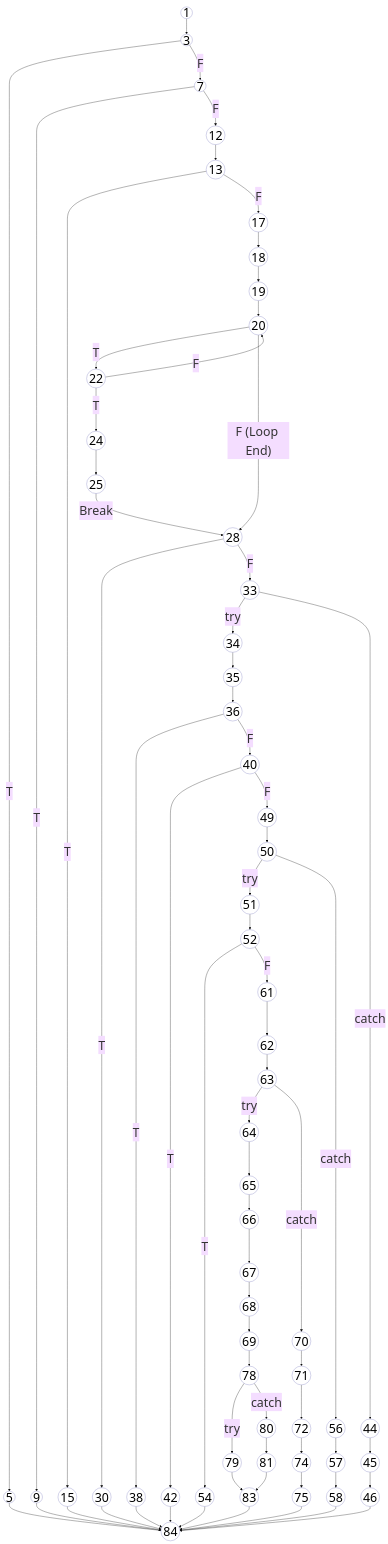
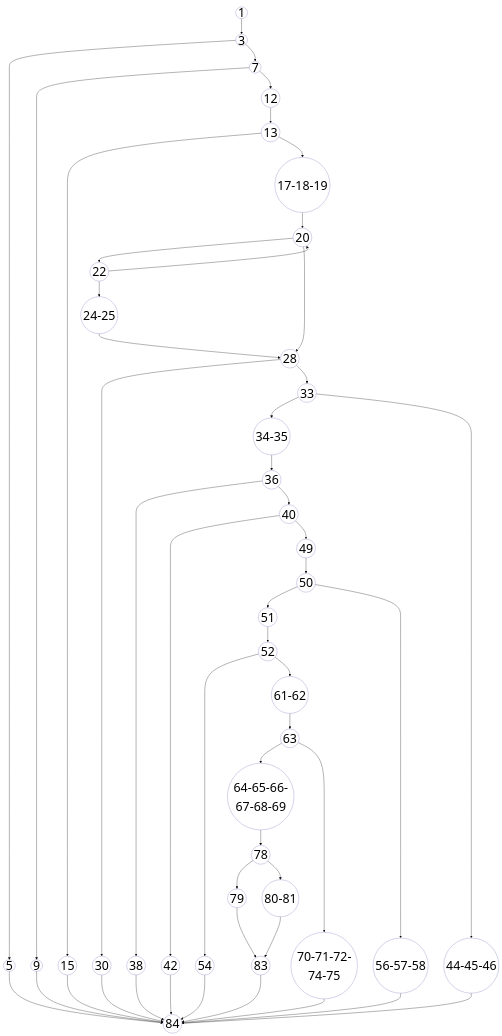
One commit to aryanhrc3428/Semester-5 changed the diagram in SE/ideathon/pseudocode/flowcharts/UC-05.mmd. Above: the diagram before and after it, drawn with Mermaid. The commit also changed 46 other files, not shown here.

```diff
--- a/SE/ideathon/pseudocode/flowcharts/UC-05.mmd
+++ b/SE/ideathon/pseudocode/flowcharts/UC-05.mmd
@@ -1,112 +1,89 @@
 ---
 config:
   theme: base
   themeVariables:
     fontSize: '40px'
 ---
 graph TD
     %% Base styling matching the reference CFG style
     classDef default fill:none,stroke:#a3a3d1,stroke-width:1.5px,color:#000;
     
     1((1)) --> 3((3))
     
-    3 -- T --> 5((5))
-    3 -- F --> 7((7))
+    3 --> 5((5))
+    3 --> 7((7))
     
-    7 -- T --> 9((9))
-    7 -- F --> 12((12))
+    7 --> 9((9))
+    7 --> 12((12))
     
     12 --> 13((13))
     
-    13 -- T --> 15((15))
-    13 -- F --> 17((17))
+    13 --> 15((15))
+    13 --> 17-18-19((17-18-19)) 
     
-    %% Explicit Physical File Constraints
-    17 --> 18((18))
-    18 --> 19((19))
-    19 --> 20((20))
+    17-18-19 --> 20((20))
     
     %% Format Validation Loop
-    20 -- T --> 22((22))
-    20 -- F (Loop End) --> 28((28))
+    20 --> 22((22))
+    20 --> 28((28))
     
-    22 -- T --> 24((24))
-    22 -- F --> 20
+    22 --> 24-25((24-25))
+    22 --> 20
     
-    24 --> 25((25))
-    25 -- Break --> 28
+    24-25 --> 28
     
-    28 -- T --> 30((30))
-    28 -- F --> 33((33))
+    28 --> 30((30))
+    28 --> 33((33))
     
     %% Relational Integrity and Ownership Check
-    33 -- try --> 34((34))
-    33 -- catch --> 44((44))
+    33 --> 34-35((34-35))
+    33 --> 44-45-46((44-45-46))
     
-    34 --> 35((35))
-    35 --> 36((36))
+    34-35 --> 36((36))
     
-    36 -- T --> 38((38))
-    36 -- F --> 40((40))
+    36 --> 38((38))
+    36 --> 40((40))
     
-    40 -- T --> 42((42))
-    40 -- F --> 49((49))
-    
-    44 --> 45((45))
-    45 --> 46((46))
+    40 --> 42((42))
+    40 --> 49((49))
     
     %% External Cloud Storage Integration
     49 --> 50((50))
     
-    50 -- try --> 51((51))
-    50 -- catch --> 56((56))
+    50 --> 51((51))
+    50 --> 56-57-58((56-57-58))
     
     51 --> 52((52))
     
-    52 -- T --> 54((54))
-    52 -- F --> 61((61))
+    52 --> 54((54))
+    52 --> 61-62((61-62))
     
-    56 --> 57((57))
-    57 --> 58((58))
     
-    %% Secure Database Transaction
-    61 --> 62((62))
-    62 --> 63((63))
+    61-62 --> 63((63))
     
-    63 -- try --> 64((64))
-    63 -- catch --> 70((70))
+    63 --> 64-65-66-67-68-69((64-65-66-67-68-69))
+    63 --> 70-71-72-74-75((70-71-72-74-75))
     
-    64 --> 65((65))
-    65 --> 66((66))
-    66 --> 67((67))
-    67 --> 68((68))
-    68 --> 69((69))
     
-    69 --> 78((78))
-    
-    70 --> 71((71))
-    71 --> 72((72))
-    72 --> 74((74))
-    74 --> 75((75))
+    64-65-66-67-68-69 --> 78((78))
     
     %% Fire-and-Forget Notification
-    78 -- try --> 79((79))
-    78 -- catch --> 80((80))
+    78 --> 79((79))
+    78 --> 80-81((80-81))
     
     79 --> 83((83))
     
-    80 --> 81((81))
-    81 --> 83
+    80-81 --> 83
     
     %% Terminal error returns and catches syncing to the final end node (84)
     5 --> 84((84))
     9 --> 84
     15 --> 84
     30 --> 84
     38 --> 84
     42 --> 84
-    46 --> 84
+    44-45-46 --> 84
     54 --> 84
-    58 --> 84
-    75 --> 84
+    56-57-58 --> 84
+    70-71-72-74-75 --> 84
     83 --> 84
```
